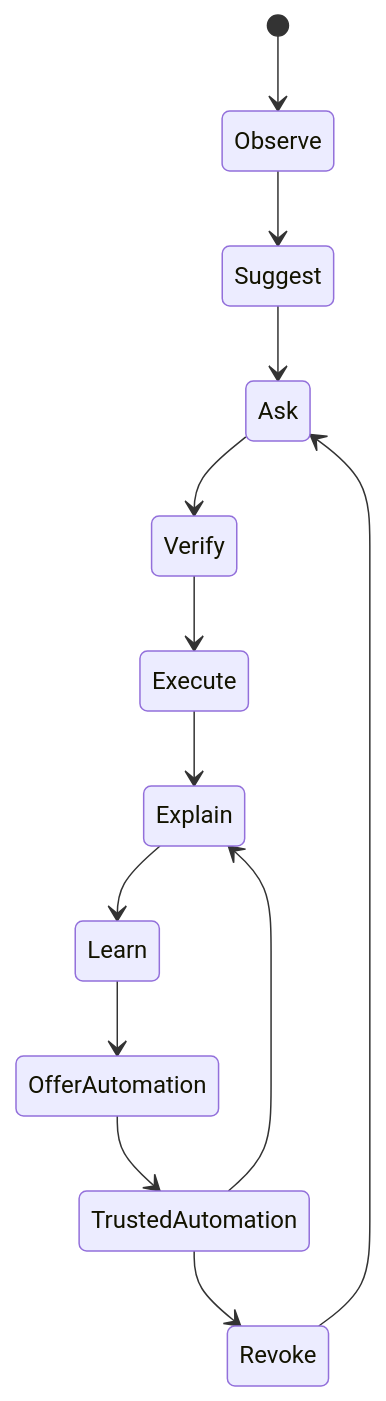
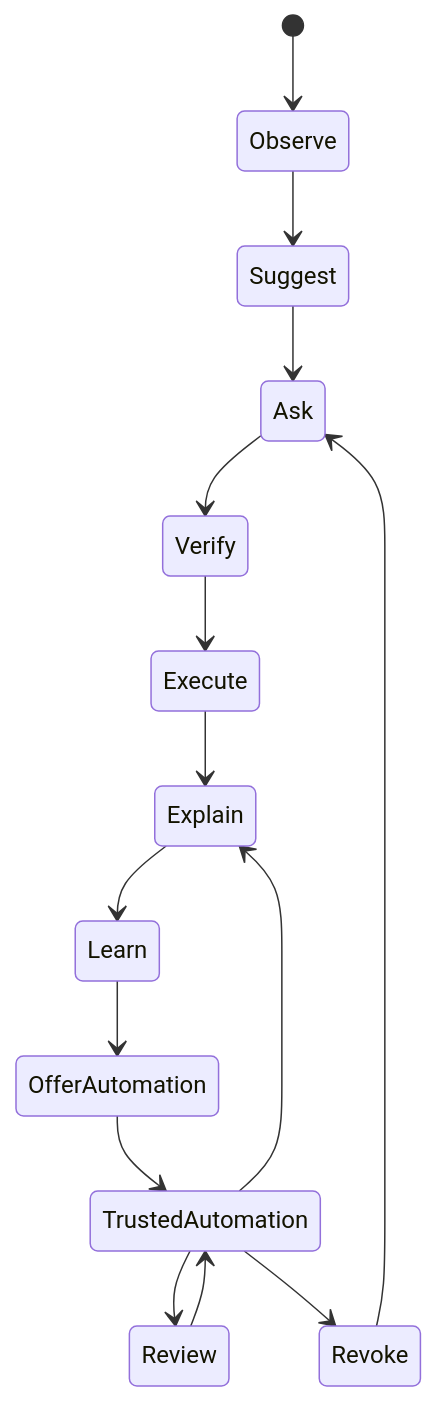
The second of 4 diagrams in docs/vision/Product Philosophy.md (SinLess-Games/Aerealith), drawn with Mermaid before and after one commit. The commit also changed other lines of this file and 1352 other files, not shown here.

````diff
--- a/docs/vision/Product Philosophy.md
+++ b/docs/vision/Product Philosophy.md
@@ -114,19 +210,19 @@
 ```mermaid
 stateDiagram-v2
+    [*] --> Observe
 
-[*] --> Observe
+    Observe --> Suggest
+    Suggest --> Ask
+    Ask --> Verify
+    Verify --> Execute
+    Execute --> Explain
+    Explain --> Learn
+    Learn --> OfferAutomation
+    OfferAutomation --> TrustedAutomation
 
-Observe --> Suggest
-Suggest --> Ask
-Ask --> Verify
-Verify --> Execute
-Execute --> Explain
-Explain --> Learn
-Learn --> OfferAutomation
-OfferAutomation --> TrustedAutomation
-
-TrustedAutomation --> Explain
-
-TrustedAutomation --> Revoke
-Revoke --> Ask
+    TrustedAutomation --> Explain
+    TrustedAutomation --> Review
+    Review --> TrustedAutomation
+    TrustedAutomation --> Revoke
+    Revoke --> Ask
 ```
````
